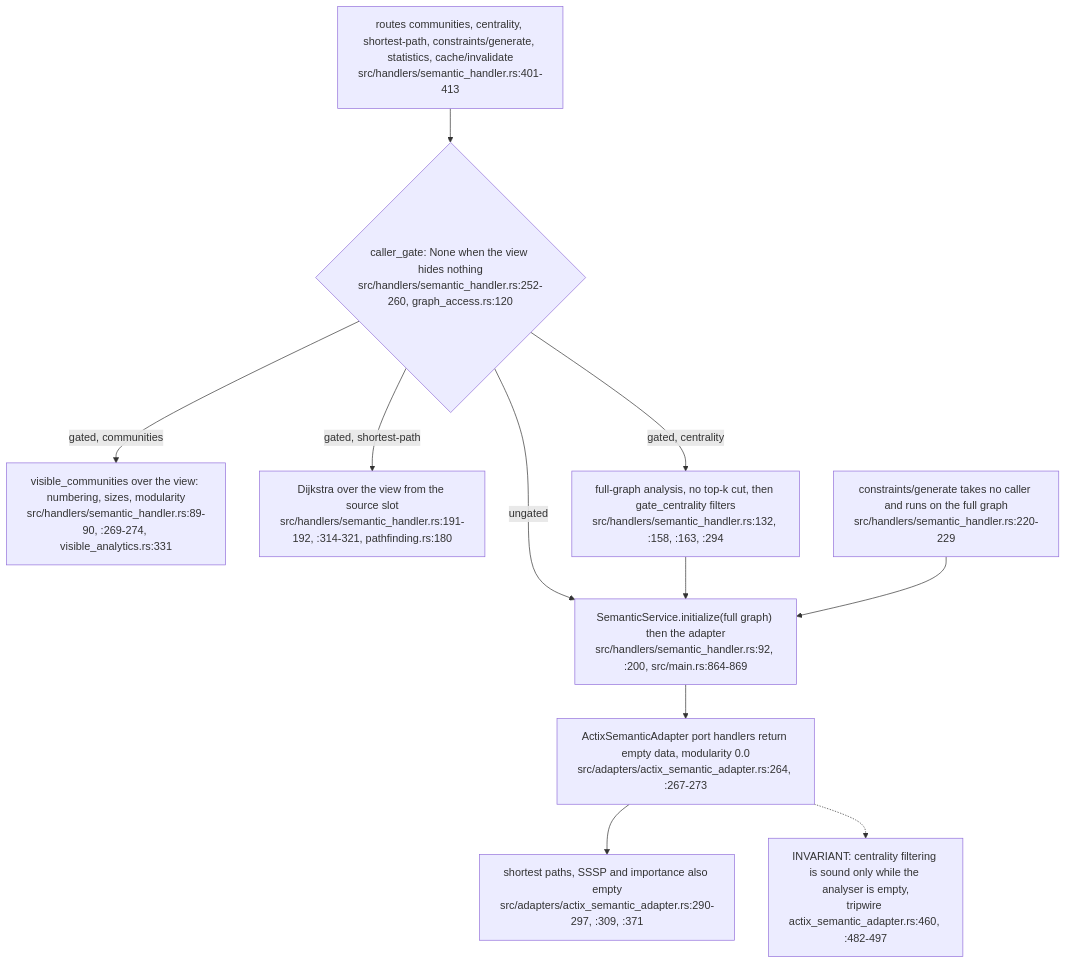
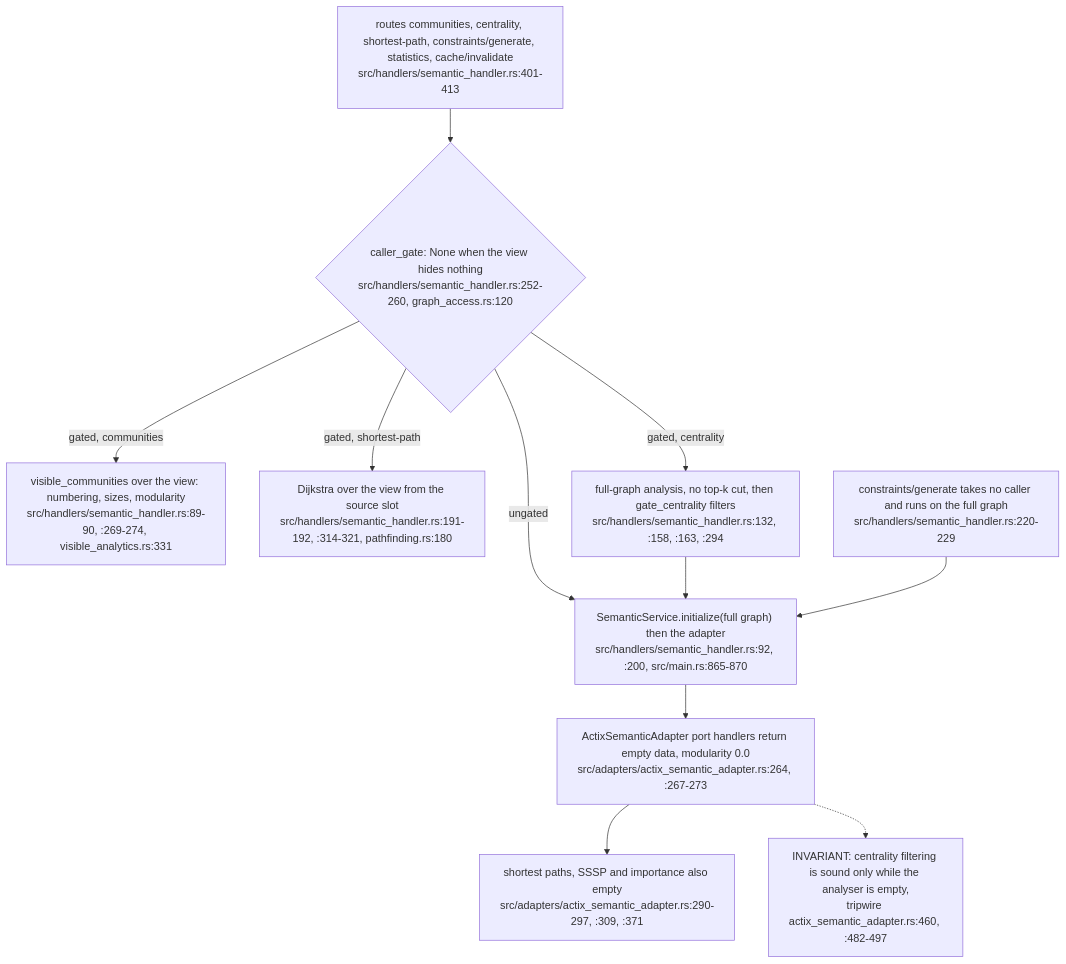
Before and after one commit to DreamLab-AI/VisionFlow: diagram 12 of 12 in docs/diagrams/visionclaw/25-insight-kpi-nlq-semantics.md, drawn with Mermaid. The commit also changed other lines of this file and 49 other files, not shown here.

First line of the commit message:
docs(diagrams): re-derive and re-stamp VisionClaw, estate, knowledge-graph, visionGraph, VisionFlow and sidestr topics

````diff
--- a/docs/diagrams/visionclaw/25-insight-kpi-nlq-semantics.md
+++ b/docs/diagrams/visionclaw/25-insight-kpi-nlq-semantics.md
@@ -502,14 +503,14 @@
 ```mermaid
 flowchart TB
     R["routes communities, centrality, shortest-path, constraints/generate, statistics, cache/invalidate<br/>src/handlers/semantic_handler.rs:401-413"]
     R --> CG{"caller_gate: None when the view hides nothing<br/>src/handlers/semantic_handler.rs:252-260, graph_access.rs:120"}
     CG -->|"gated, communities"| VC["visible_communities over the view: numbering, sizes, modularity<br/>src/handlers/semantic_handler.rs:89-90, :269-274, visible_analytics.rs:331"]
     CG -->|"gated, shortest-path"| VS["Dijkstra over the view from the source slot<br/>src/handlers/semantic_handler.rs:191-192, :314-321, pathfinding.rs:180"]
     CG -->|"gated, centrality"| CF["full-graph analysis, no top-k cut, then gate_centrality filters<br/>src/handlers/semantic_handler.rs:132, :158, :163, :294"]
-    CG -->|"ungated"| SS["SemanticService.initialize(full graph) then the adapter<br/>src/handlers/semantic_handler.rs:92, :200, src/main.rs:864-869"]
+    CG -->|"ungated"| SS["SemanticService.initialize(full graph) then the adapter<br/>src/handlers/semantic_handler.rs:92, :200, src/main.rs:865-870"]
     CF --> SS
     SS --> AD["ActixSemanticAdapter port handlers return empty data, modularity 0.0<br/>src/adapters/actix_semantic_adapter.rs:264, :267-273"]
     AD --> EMPTY["shortest paths, SSSP and importance also empty<br/>src/adapters/actix_semantic_adapter.rs:290-297, :309, :371"]
     GEN["constraints/generate takes no caller and runs on the full graph<br/>src/handlers/semantic_handler.rs:220-229"] --> SS
     AD -.-> INV["INVARIANT: centrality filtering is sound only while the analyser is empty,<br/>tripwire actix_semantic_adapter.rs:460, :482-497"]
 ```
````
